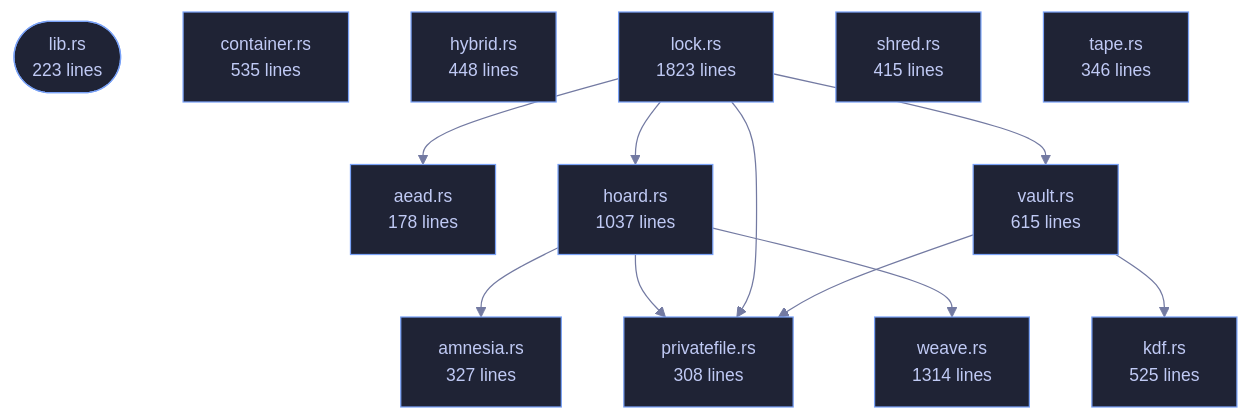
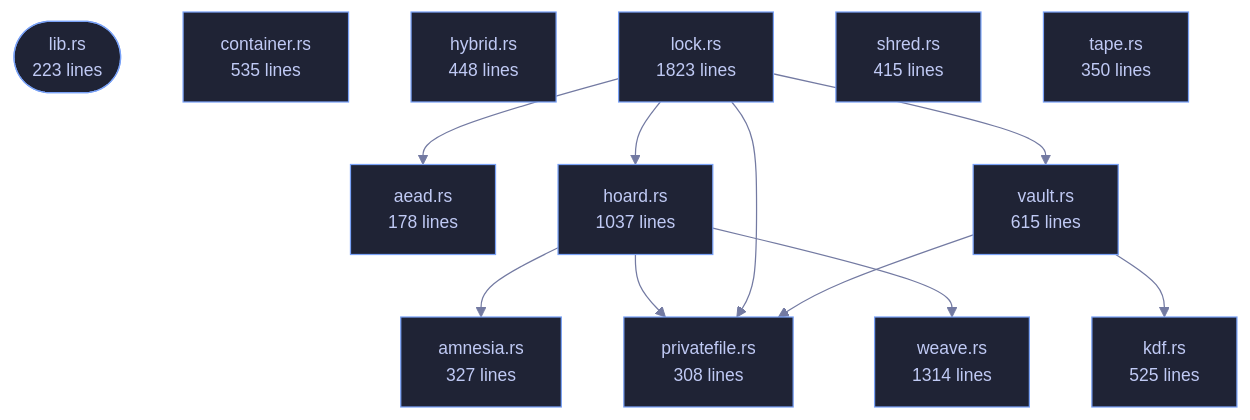
One commit to tilas01/veilvoice changed the diagram in crates/veilvoice-crypto/README.md. Above: the diagram before and after it, drawn with Mermaid. The commit also changed other lines of this file and 46 other files, not shown here.

````diff
--- a/crates/veilvoice-crypto/README.md
+++ b/crates/veilvoice-crypto/README.md
@@ -108,39 +108,39 @@
 ```mermaid
 %%{init: {"theme":"base","themeVariables":{"background":"#1a1b26","primaryColor":"#1f2335","primaryTextColor":"#c0caf5","primaryBorderColor":"#7aa2f7","secondaryColor":"#16161e","tertiaryColor":"#16161e","lineColor":"#737aa2","textColor":"#c0caf5","mainBkg":"#1f2335","nodeBorder":"#7aa2f7","clusterBkg":"#16161e","clusterBorder":"#2f3549","fontFamily":"ui-monospace, SFMono-Regular, Consolas, monospace","fontSize":"14px"}}}%%
 flowchart TD
     n_lib(["lib.rs<br/>223 lines"])
     n_aead["aead.rs<br/>178 lines"]
     n_amnesia["amnesia.rs<br/>327 lines"]
     n_container["container.rs<br/>535 lines"]
     n_hoard["hoard.rs<br/>1037 lines"]
     n_hybrid["hybrid.rs<br/>448 lines"]
     n_kdf["kdf.rs<br/>525 lines"]
     n_lock["lock.rs<br/>1823 lines"]
     n_privatefile["privatefile.rs<br/>308 lines"]
     n_shred["shred.rs<br/>415 lines"]
-    n_tape["tape.rs<br/>346 lines"]
+    n_tape["tape.rs<br/>350 lines"]
     n_vault["vault.rs<br/>615 lines"]
     n_weave["weave.rs<br/>1314 lines"]
     n_hoard --> n_amnesia
     n_hoard --> n_privatefile
     n_hoard --> n_weave
     n_lock --> n_aead
     n_lock --> n_hoard
     n_lock --> n_privatefile
     n_lock --> n_vault
     n_vault --> n_kdf
     n_vault --> n_privatefile
     click n_lib href "https://github.com/tilas01/veilvoice/blob/main/crates/veilvoice-crypto/src/lib.rs" "open the source"
     click n_aead href "https://github.com/tilas01/veilvoice/blob/main/crates/veilvoice-crypto/src/aead.rs" "open the source"
     click n_amnesia href "https://github.com/tilas01/veilvoice/blob/main/crates/veilvoice-crypto/src/amnesia.rs" "open the source"
     click n_container href "https://github.com/tilas01/veilvoice/blob/main/crates/veilvoice-crypto/src/container.rs" "open the source"
     click n_hoard href "https://github.com/tilas01/veilvoice/blob/main/crates/veilvoice-crypto/src/hoard.rs" "open the source"
     click n_hybrid href "https://github.com/tilas01/veilvoice/blob/main/crates/veilvoice-crypto/src/hybrid.rs" "open the source"
     click n_kdf href "https://github.com/tilas01/veilvoice/blob/main/crates/veilvoice-crypto/src/kdf.rs" "open the source"
     click n_lock href "https://github.com/tilas01/veilvoice/blob/main/crates/veilvoice-crypto/src/lock.rs" "open the source"
     click n_privatefile href "https://github.com/tilas01/veilvoice/blob/main/crates/veilvoice-crypto/src/privatefile.rs" "open the source"
     click n_shred href "https://github.com/tilas01/veilvoice/blob/main/crates/veilvoice-crypto/src/shred.rs" "open the source"
     click n_tape href "https://github.com/tilas01/veilvoice/blob/main/crates/veilvoice-crypto/src/tape.rs" "open the source"
     click n_vault href "https://github.com/tilas01/veilvoice/blob/main/crates/veilvoice-crypto/src/vault.rs" "open the source"
     click n_weave href "https://github.com/tilas01/veilvoice/blob/main/crates/veilvoice-crypto/src/weave.rs" "open the source"
 ```
````
